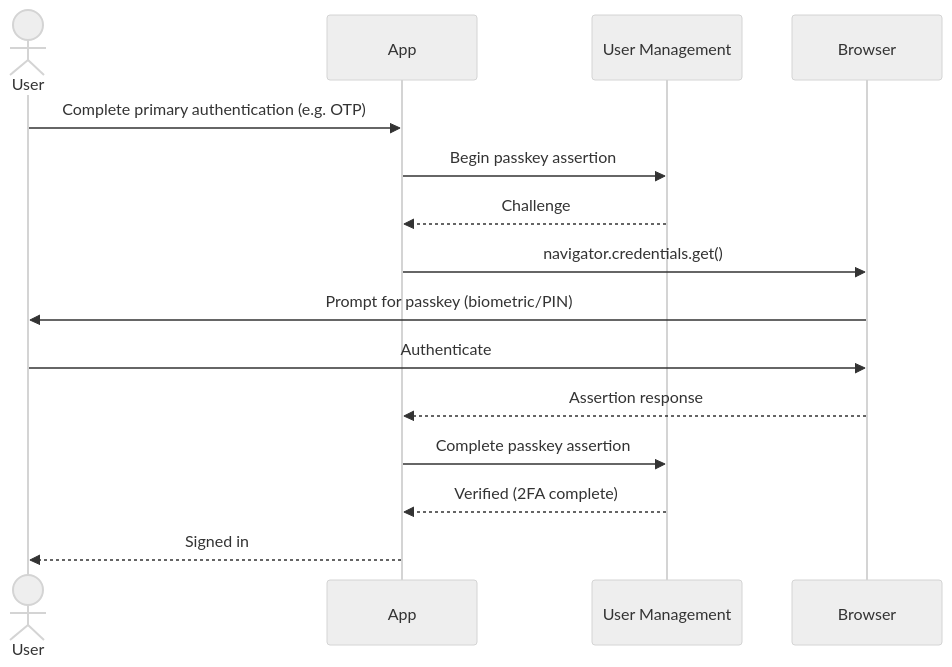
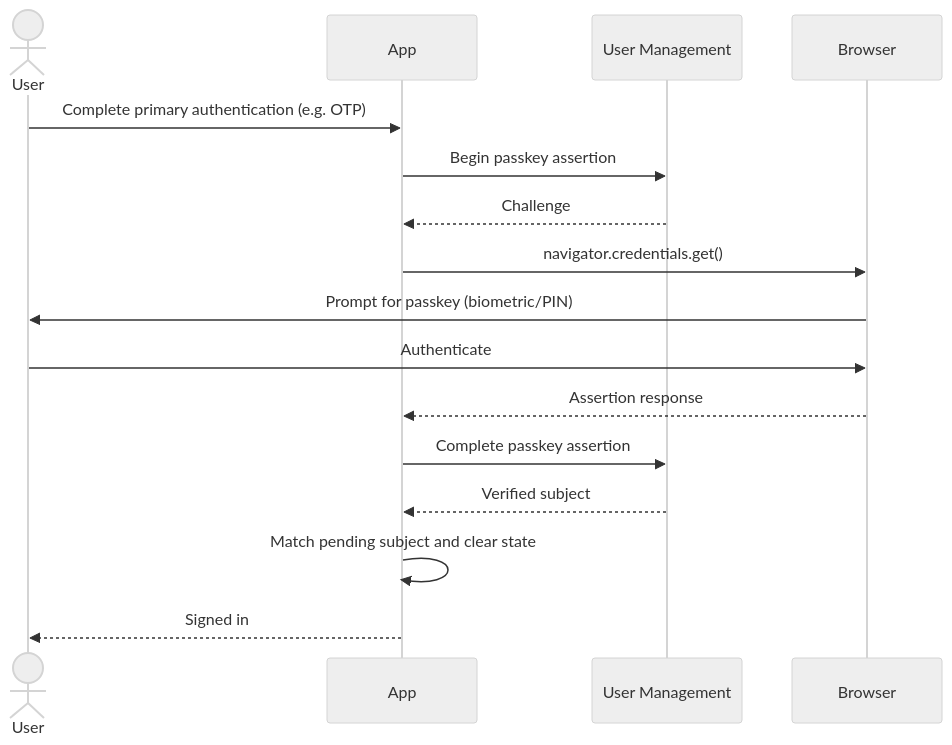
Before and after one commit to DuendeSoftware/docs.duendesoftware.com: the third of 3 diagrams in astro/src/content/docs/identityserver/identity/user-management/authentication/passkeys.mdx, drawn with Mermaid (neutral theme). The commit also changed other lines of this file and 1 other file, not shown here.

First line of the commit message:
Document passkey management improvements

````diff
--- a/astro/src/content/docs/identityserver/identity/user-management/authentication/passkeys.mdx
+++ b/astro/src/content/docs/identityserver/identity/user-management/authentication/passkeys.mdx
@@ -624,18 +694,19 @@
 ```mermaid
 sequenceDiagram
     actor User
     participant App
     participant UserManagement as User Management
     participant Browser
 
     User->>App: Complete primary authentication (e.g. OTP)
     App->>UserManagement: Begin passkey assertion
     UserManagement-->>App: Challenge
     App->>Browser: navigator.credentials.get()
     Browser->>User: Prompt for passkey (biometric/PIN)
     User->>Browser: Authenticate
     Browser-->>App: Assertion response
     App->>UserManagement: Complete passkey assertion
-    UserManagement-->>App: Verified (2FA complete)
+    UserManagement-->>App: Verified subject
+    App->>App: Match pending subject and clear state
     App-->>User: Signed in
 ```
````
